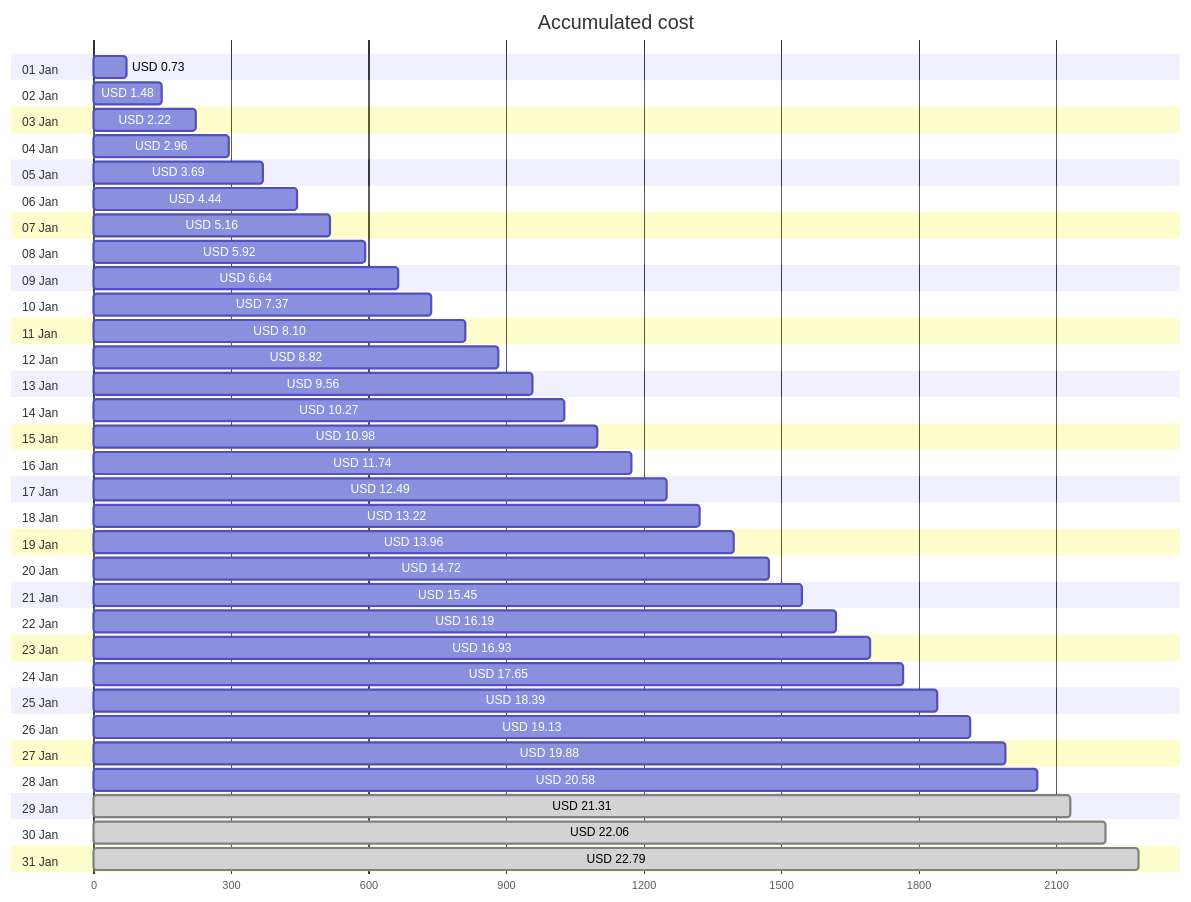
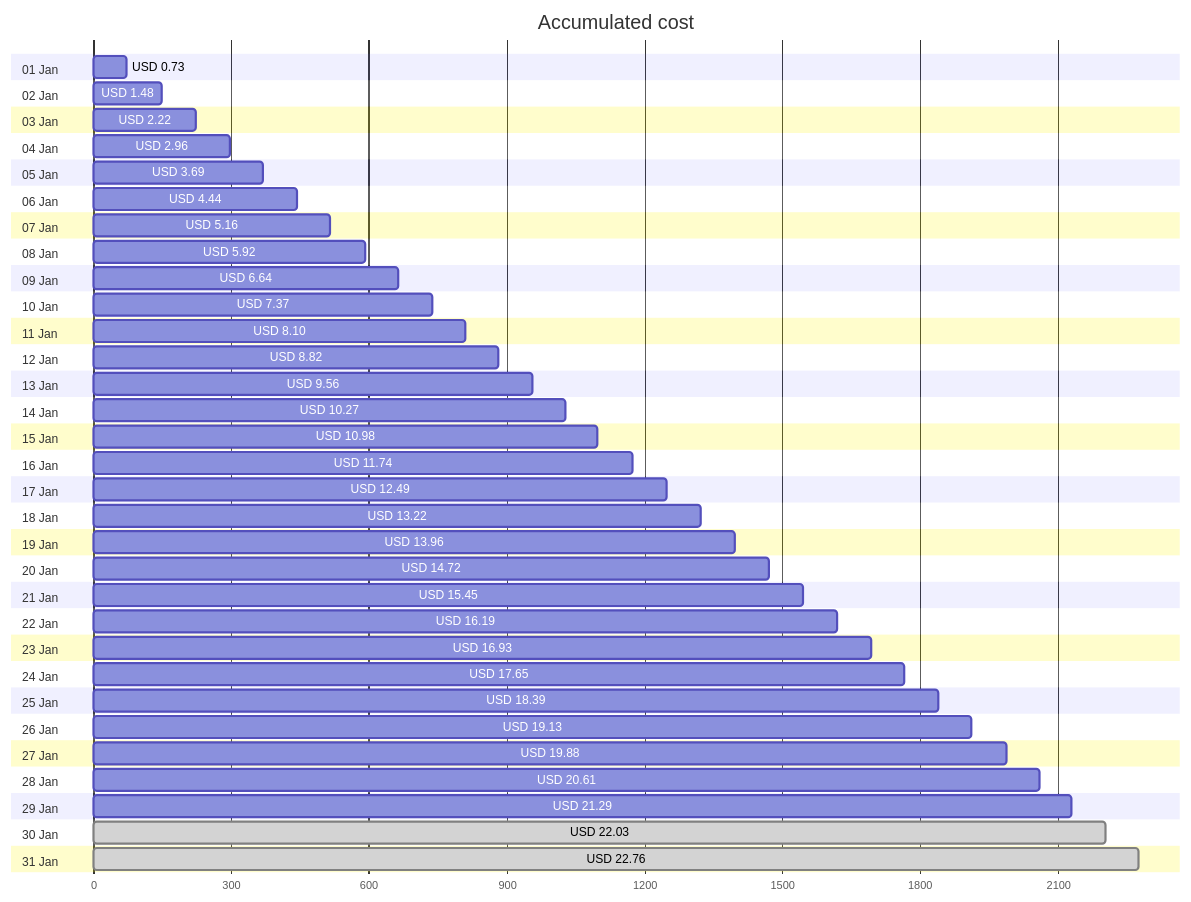
The first of 4 diagrams in cost-reports/personal-network/backup-server-data-disk.md (jpfulton/azure-personal-reports), drawn with Mermaid before and after one commit. The commit also changed other lines of this file and 8 other files, not shown here.

````diff
--- a/cost-reports/personal-network/backup-server-data-disk.md
+++ b/cost-reports/personal-network/backup-server-data-disk.md
@@ -20,68 +20,68 @@
 ```mermaid
 gantt
    title Accumulated cost
    dateFormat  X
    axisFormat %s
    section 01 Jan
    USD 0.73 :0, 73
    section 02 Jan
    USD 1.48 :0, 148
    section 03 Jan
    USD 2.22 :0, 222
    section 04 Jan
    USD 2.96 :0, 296
    section 05 Jan
    USD 3.69 :0, 369
    section 06 Jan
    USD 4.44 :0, 444
    section 07 Jan
    USD 5.16 :0, 516
    section 08 Jan
    USD 5.92 :0, 592
    section 09 Jan
    USD 6.64 :0, 664
    section 10 Jan
    USD 7.37 :0, 737
    section 11 Jan
    USD 8.10 :0, 810
    section 12 Jan
    USD 8.82 :0, 882
    section 13 Jan
    USD 9.56 :0, 956
    section 14 Jan
    USD 10.27 :0, 1027
    section 15 Jan
    USD 10.98 :0, 1098
    section 16 Jan
    USD 11.74 :0, 1174
    section 17 Jan
    USD 12.49 :0, 1249
    section 18 Jan
    USD 13.22 :0, 1322
    section 19 Jan
    USD 13.96 :0, 1396
    section 20 Jan
    USD 14.72 :0, 1472
    section 21 Jan
    USD 15.45 :0, 1545
    section 22 Jan
    USD 16.19 :0, 1619
    section 23 Jan
    USD 16.93 :0, 1693
    section 24 Jan
    USD 17.65 :0, 1765
    section 25 Jan
    USD 18.39 :0, 1839
    section 26 Jan
    USD 19.13 :0, 1913
    section 27 Jan
    USD 19.88 :0, 1988
    section 28 Jan
-   USD 20.58 :0, 2058
+   USD 20.61 :0, 2061
    section 29 Jan
-   USD 21.31 : done, 0, 2131
+   USD 21.29 :0, 2129
    section 30 Jan
-   USD 22.06 : done, 0, 2206
+   USD 22.03 : done, 0, 2203
    section 31 Jan
-   USD 22.79 : done, 0, 2279
+   USD 22.76 : done, 0, 2276
 ```
````
